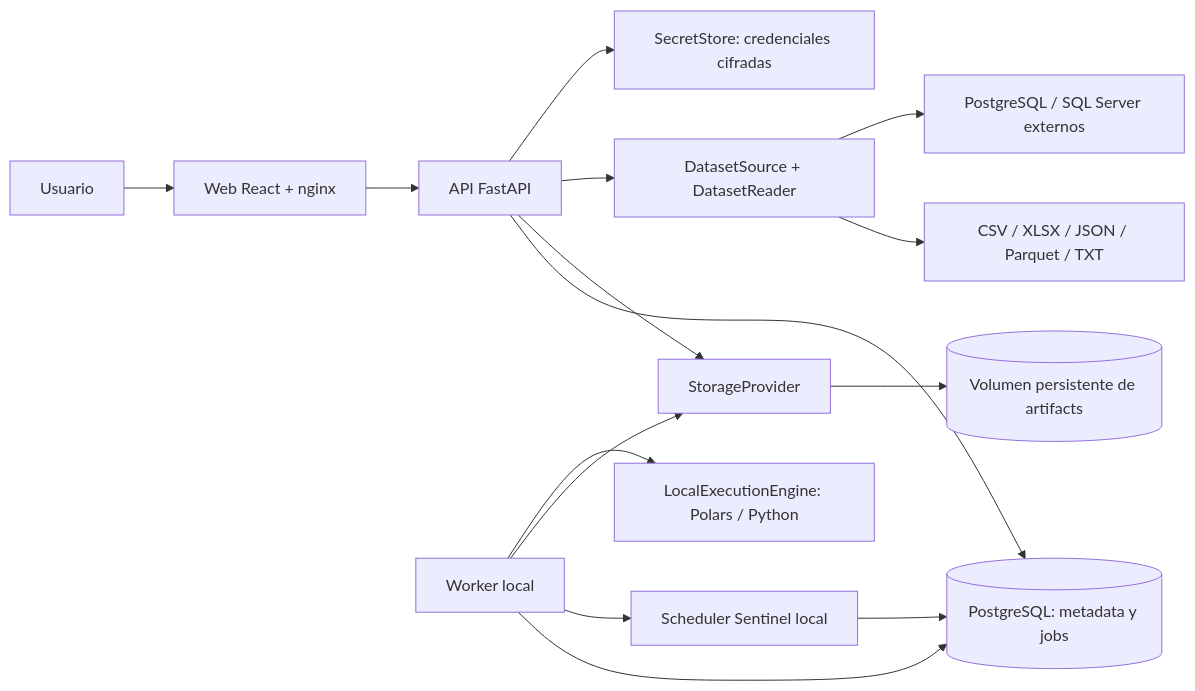
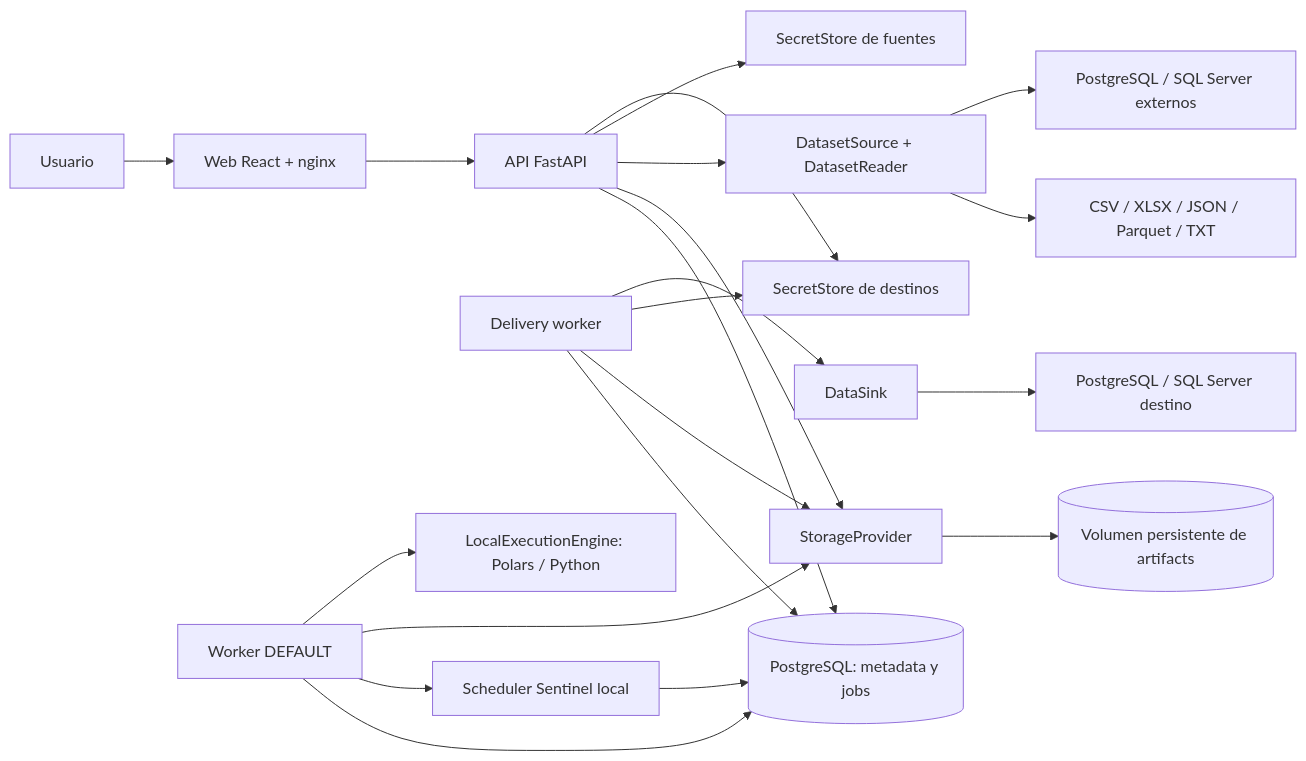
The diagram in docs/architecture.md (eddiesan422/TrackvanceCore), drawn with Mermaid before and after one commit. The commit also changed other lines of this file and 81 other files, not shown here.

Commit message:
feat: add controlled SQL data delivery

````diff
--- a/docs/architecture.md
+++ b/docs/architecture.md
@@ -19,17 +19,23 @@
 ```mermaid
 flowchart LR
   U[Usuario] --> W[Web React + nginx]
   W --> A[API FastAPI]
   A --> P[(PostgreSQL: metadata y jobs)]
-  K[Worker local] --> P
+  K[Worker DEFAULT] --> P
+  KD[Delivery worker] --> P
   K --> SCH[Scheduler Sentinel local]
   SCH --> P
   A --> S[StorageProvider]
   K --> S
+  KD --> S
   S --> V[(Volumen persistente de artifacts)]
   K --> E[LocalExecutionEngine: Polars / Python]
   A --> D[DatasetSource + DatasetReader]
   D --> F[CSV / XLSX / JSON / Parquet / TXT]
   D --> EXT[PostgreSQL / SQL Server externos]
-  A --> SEC[SecretStore: credenciales cifradas]
+  A --> SEC[SecretStore de fuentes]
+  A --> DSEC[SecretStore de destinos]
+  KD --> DSEC
+  KD --> DS[DataSink]
+  DS --> OUT[PostgreSQL / SQL Server destino]
 ```
````
